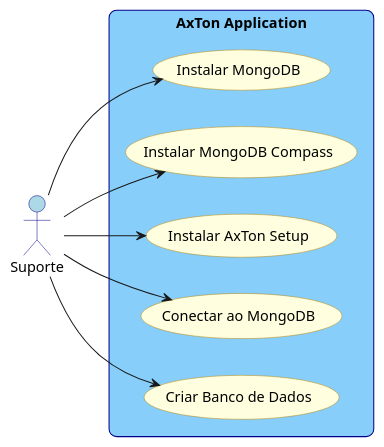
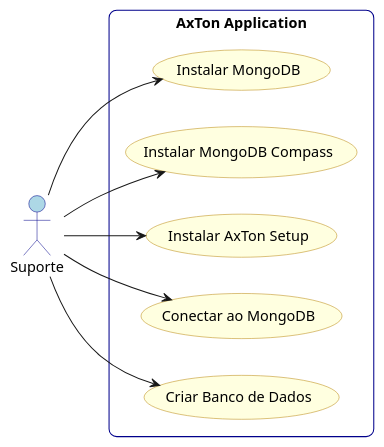
One commit to Axion-Tecnologia/Documentacao_Atualizada changed the first of 2 diagrams in Writerside/topics/BTN.md. Above: the diagram before and after it, drawn with PlantUML. The commit also changed other lines of this file and 4 other files, not shown here.

```diff
--- a/Writerside/topics/BTN.md
+++ b/Writerside/topics/BTN.md
@@ -7,31 +7,30 @@
 @startuml
 skinparam rectangle {
-    BackgroundColor LightSkyBlue
     BorderColor DarkBlue
     RoundCorner 15
 }
 skinparam actor {
     BackgroundColor LightBlue
     BorderColor DarkBlue
 }
 skinparam usecase {
     BackgroundColor LightYellow
     BorderColor DarkGoldenRod
     RoundCorner 15
 }
 
 left to right direction
 actor Suporte as U
 rectangle "AxTon Application" {
 usecase "Instalar MongoDB" as InstallMongo
 usecase "Instalar MongoDB Compass" as InstallCompass
 usecase "Instalar AxTon Setup" as InstallAxTon
 usecase "Conectar ao MongoDB" as ConnectMongo
 usecase "Criar Banco de Dados" as CreateDB
 U --> InstallMongo
 U --> InstallCompass
 U --> InstallAxTon
 U --> ConnectMongo
 U --> CreateDB
 }
 @enduml
```
